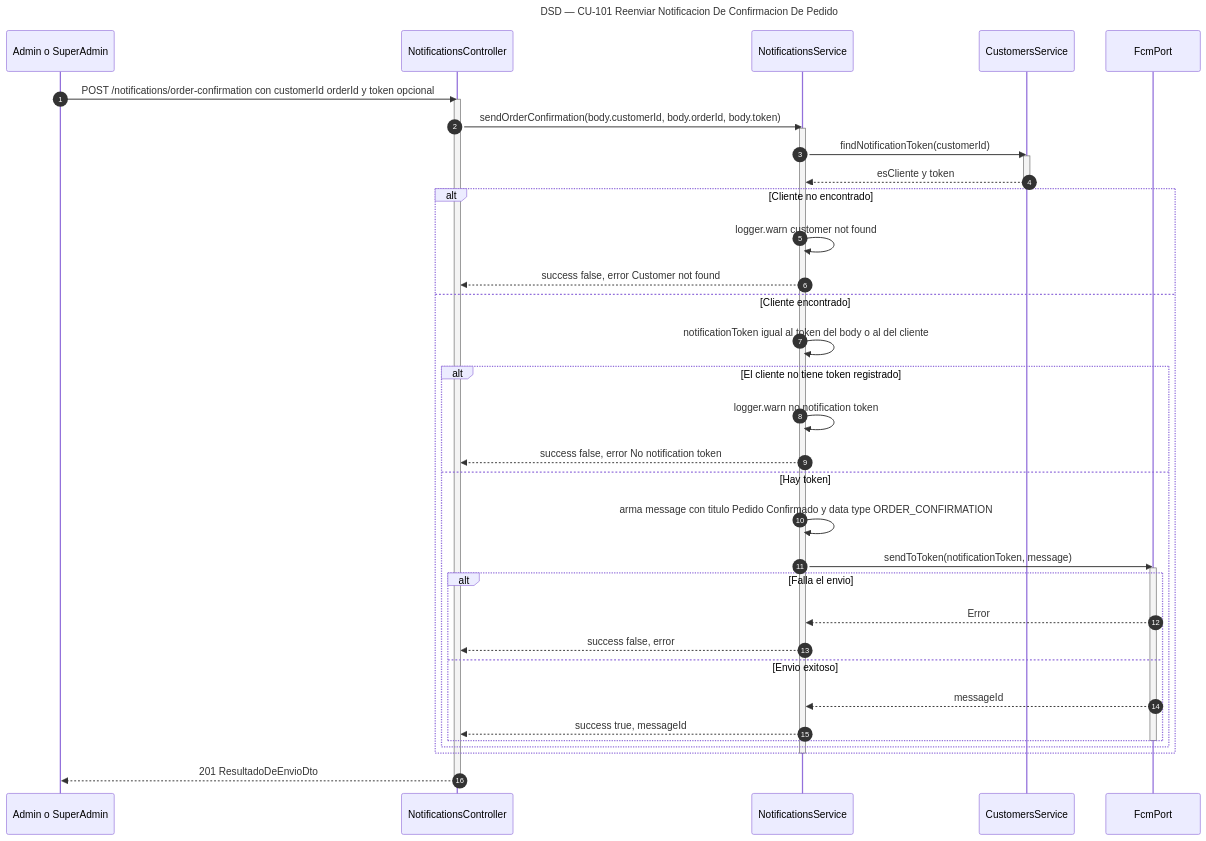
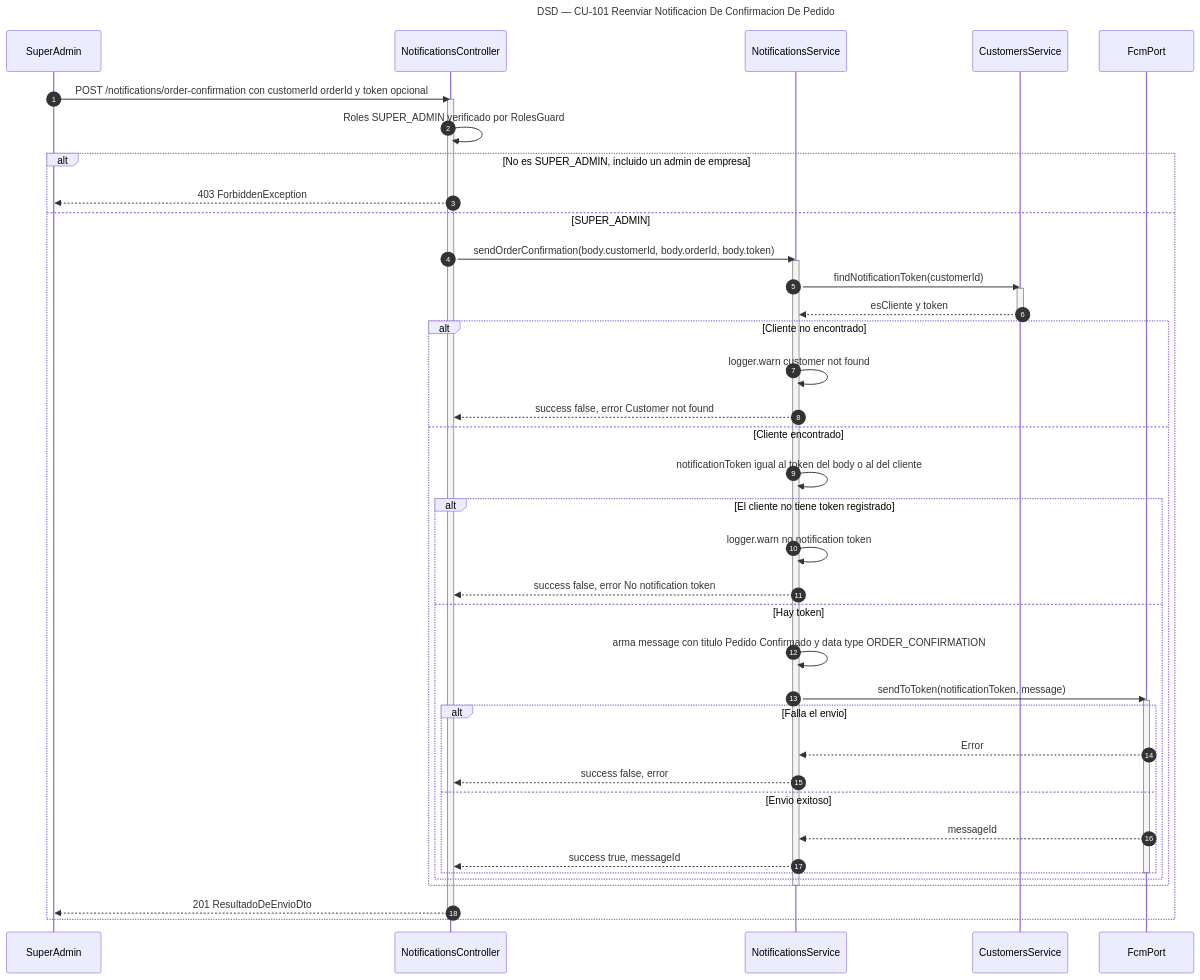
Before and after one commit to Nahuelito-Dev/splg-docs: the diagram in diagramas/DSD_CU-101_Reenviar-Notificacion-De-Confirmacion-De-Pedido.mmd, drawn with Mermaid. The commit also changed 49 other files, not shown here.

```diff
--- a/diagramas/DSD_CU-101_Reenviar-Notificacion-De-Confirmacion-De-Pedido.mmd
+++ b/diagramas/DSD_CU-101_Reenviar-Notificacion-De-Confirmacion-De-Pedido.mmd
@@ -1,42 +1,47 @@
 sequenceDiagram
     title DSD — CU-101 Reenviar Notificacion De Confirmacion De Pedido
     autonumber
-    participant ADM as Admin o SuperAdmin
+    participant ADM as SuperAdmin
     participant CTRL as NotificationsController
     participant SRV as NotificationsService
     participant CSRV as CustomersService
     participant FCM as FcmPort
 
     ADM->>CTRL: POST /notifications/order-confirmation con customerId orderId y token opcional
     activate CTRL
-    CTRL->>SRV: sendOrderConfirmation(body.customerId, body.orderId, body.token)
-    activate SRV
-    SRV->>CSRV: findNotificationToken(customerId)
-    activate CSRV
-    CSRV-->>SRV: esCliente y token
-    deactivate CSRV
-    alt Cliente no encontrado
-        SRV->>SRV: logger.warn customer not found
-        SRV-->>CTRL: success false, error Customer not found
-    else Cliente encontrado
-        SRV->>SRV: notificationToken igual al token del body o al del cliente
-        alt El cliente no tiene token registrado
-            SRV->>SRV: logger.warn no notification token
-            SRV-->>CTRL: success false, error No notification token
-        else Hay token
-            SRV->>SRV: arma message con titulo Pedido Confirmado y data type ORDER_CONFIRMATION
-            SRV->>FCM: sendToToken(notificationToken, message)
-            activate FCM
-            alt Falla el envio
-                FCM-->>SRV: Error
-                SRV-->>CTRL: success false, error
-            else Envio exitoso
-                FCM-->>SRV: messageId
-                SRV-->>CTRL: success true, messageId
+    CTRL->>CTRL: Roles SUPER_ADMIN verificado por RolesGuard
+    alt No es SUPER_ADMIN, incluido un admin de empresa
+        CTRL-->>ADM: 403 ForbiddenException
+    else SUPER_ADMIN
+        CTRL->>SRV: sendOrderConfirmation(body.customerId, body.orderId, body.token)
+        activate SRV
+        SRV->>CSRV: findNotificationToken(customerId)
+        activate CSRV
+        CSRV-->>SRV: esCliente y token
+        deactivate CSRV
+        alt Cliente no encontrado
+            SRV->>SRV: logger.warn customer not found
+            SRV-->>CTRL: success false, error Customer not found
+        else Cliente encontrado
+            SRV->>SRV: notificationToken igual al token del body o al del cliente
+            alt El cliente no tiene token registrado
+                SRV->>SRV: logger.warn no notification token
+                SRV-->>CTRL: success false, error No notification token
+            else Hay token
+                SRV->>SRV: arma message con titulo Pedido Confirmado y data type ORDER_CONFIRMATION
+                SRV->>FCM: sendToToken(notificationToken, message)
+                activate FCM
+                alt Falla el envio
+                    FCM-->>SRV: Error
+                    SRV-->>CTRL: success false, error
+                else Envio exitoso
+                    FCM-->>SRV: messageId
+                    SRV-->>CTRL: success true, messageId
+                end
+                deactivate FCM
             end
-            deactivate FCM
         end
+        deactivate SRV
+        CTRL-->>ADM: 201 ResultadoDeEnvioDto
     end
-    deactivate SRV
-    CTRL-->>ADM: 201 ResultadoDeEnvioDto
     deactivate CTRL
```
